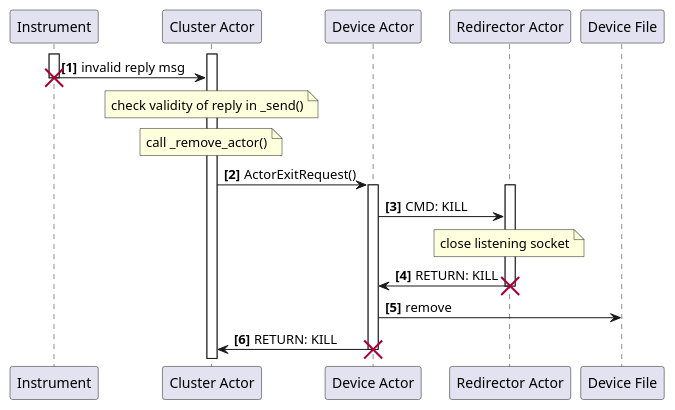
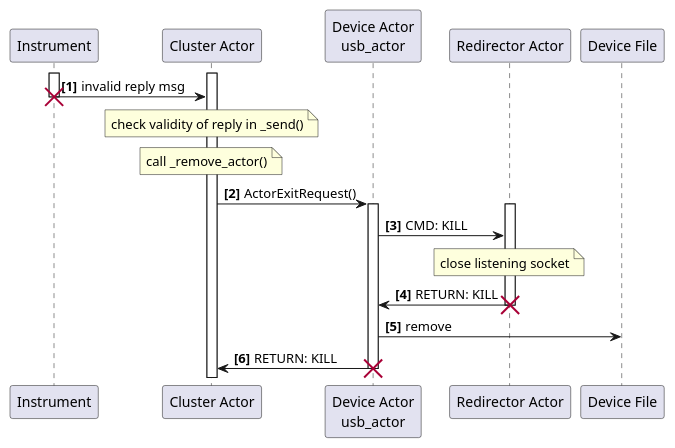
Before and after one commit to SARAD-GmbH/RegServer: the diagram in doc/source/uml-interrupt_usb.puml, drawn with PlantUML. The commit also changed 7 other files, not shown here.

```diff
--- a/doc/source/uml-interrupt_usb.puml
+++ b/doc/source/uml-interrupt_usb.puml
@@ -1,25 +1,25 @@
 @startuml
 autonumber "<b>[0]"
 participant "Instrument" as instr
 participant "Cluster Actor" as cluster
-participant "Device Actor" as device_actor
+participant "Device Actor\nusb_actor" as device_actor
 participant "Redirector Actor" as redirector
 participant "Device File" as file
 
 activate cluster
 activate instr
 instr -> cluster: invalid reply msg
 destroy instr
 note over cluster: check validity of reply in _send()
 note over cluster: call _remove_actor()
 cluster -> device_actor: ActorExitRequest()
 activate device_actor
 activate redirector
 device_actor -> redirector: CMD: KILL
 note over redirector: close listening socket
 redirector -> device_actor: RETURN: KILL
 destroy redirector
 device_actor -> file: remove
 device_actor -> cluster: RETURN: KILL
 destroy device_actor
 @enduml
```
